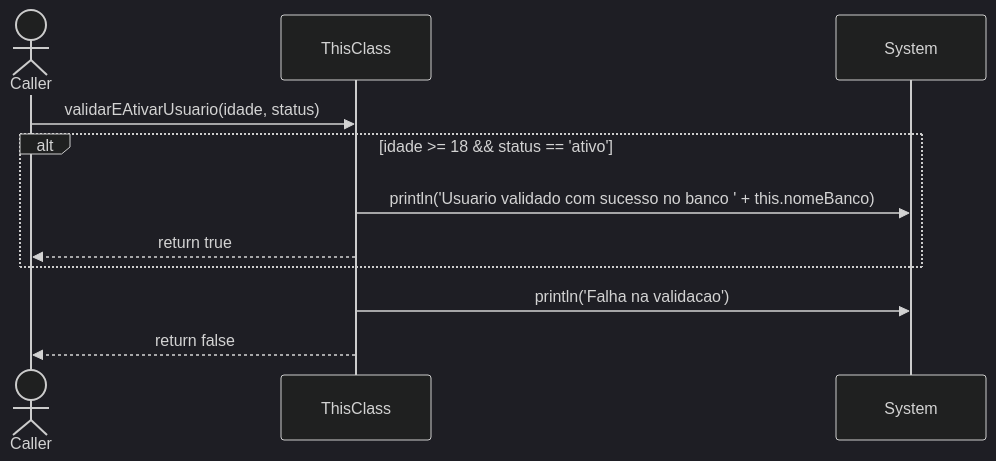
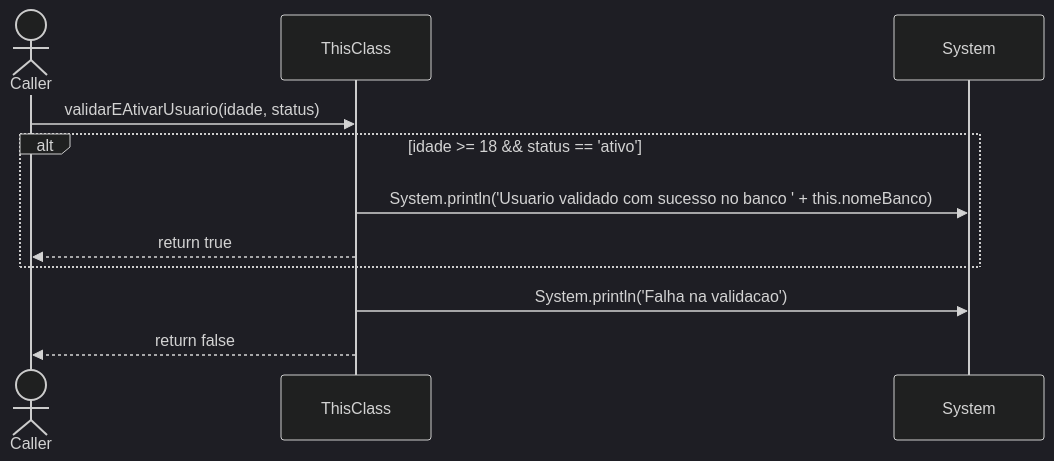
Before and after one commit to FelipeMCassiano/geanky: the third of 4 diagrams in docs/UsuarioService.md, drawn with Mermaid (dark theme). The commit also changed other lines of this file and 6 other files, not shown here.

````diff
--- a/docs/UsuarioService.md
+++ b/docs/UsuarioService.md
@@ -95,15 +95,15 @@
 ```mermaid
 sequenceDiagram
     actor Caller
     participant ThisClass
     participant System
 
     Caller->>ThisClass: validarEAtivarUsuario(idade, status)
     alt idade >= 18 && status == 'ativo'
-    ThisClass->>System: println('Usuario validado com sucesso no banco ' + this.nomeBanco)
+    ThisClass->>System: System.println('Usuario validado com sucesso no banco ' + this.nomeBanco)
     ThisClass-->>Caller: return true
     end
-    ThisClass->>System: println('Falha na validacao')
+    ThisClass->>System: System.println('Falha na validacao')
     ThisClass-->>Caller: return false
 
 ```
````
